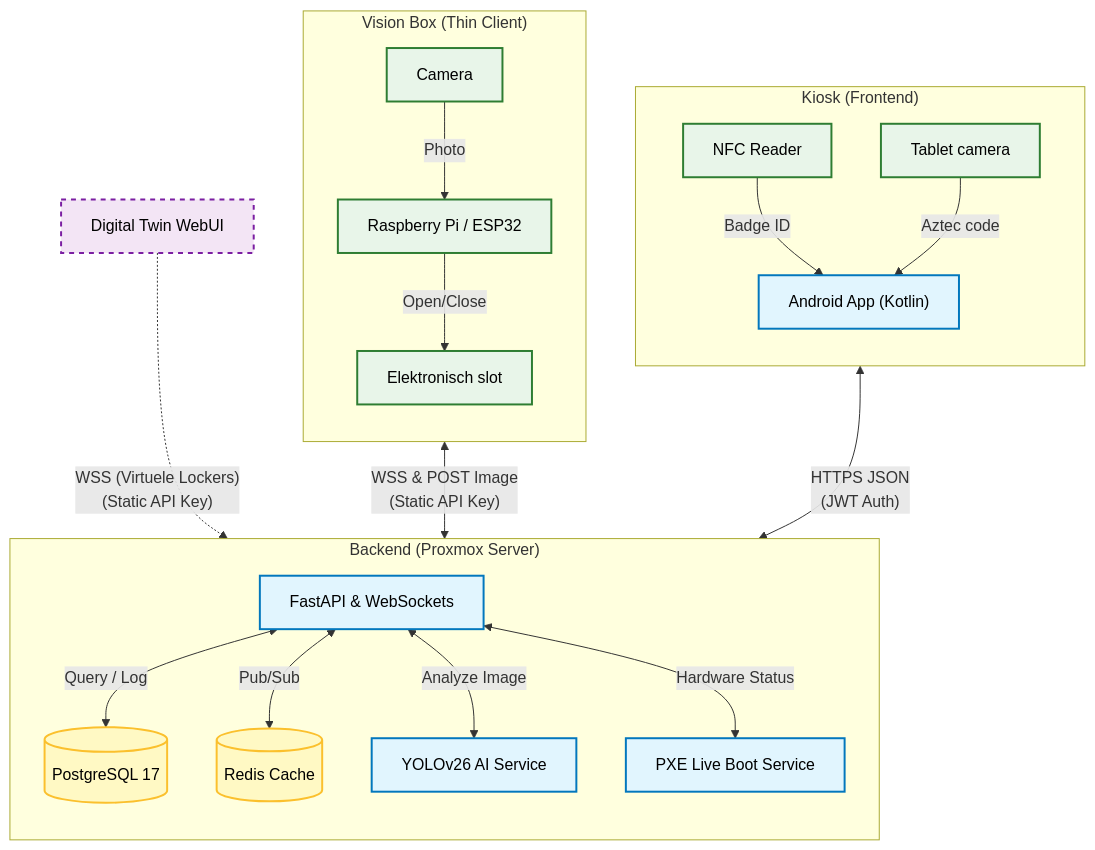
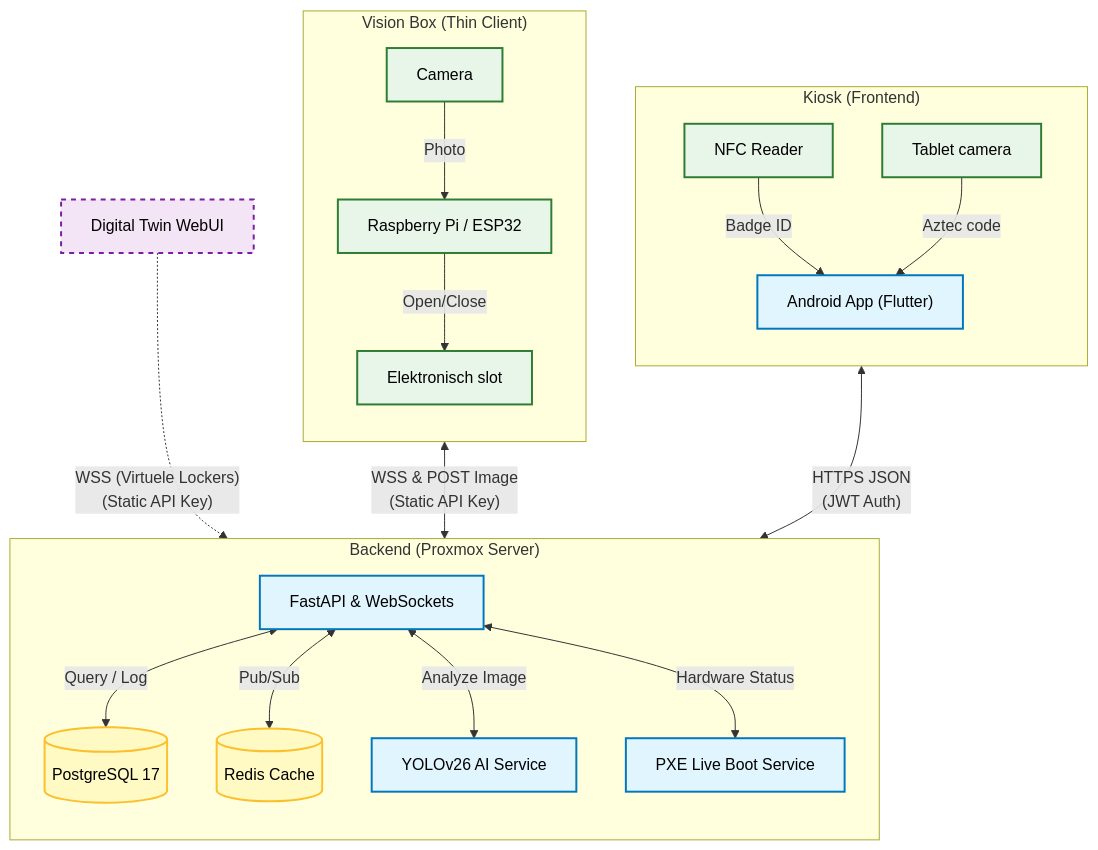
The diagram in docs/architecture_logical.mmd (easylend-practice-enterprise/easylend), drawn with Mermaid before and after one commit. The commit also changed 3 other files, not shown here.

Commit message:
docs(architecture): update ERD for YOLOv26 damage reports and switch to Flutter (#14)

```diff
--- a/docs/architecture_logical.mmd
+++ b/docs/architecture_logical.mmd
@@ -1,57 +1,57 @@
 flowchart TD
     %% STIJLEN (Corporate & Clean)
     classDef soft fill:#E1F5FE,stroke:#0277BD,stroke-width:2px,color:#000;
     classDef hard fill:#E8F5E9,stroke:#2E7D32,stroke-width:2px,color:#000;
     classDef data fill:#FFF9C4,stroke:#FBC02d,stroke-width:2px,color:#000;
     classDef sim  fill:#F3E5F5,stroke:#7B1FA2,stroke-width:2px,stroke-dasharray: 5 5,color:#000;
 
     %% --- DOMEIN 1: KIOSK (LINKS) ---
     subgraph Kiosk ["Kiosk (Frontend)"]
         direction TB
         NFC[NFC Reader]:::hard
         CamTab["Tablet camera"]:::hard
-        App["Android App (Kotlin)"]:::soft
+        App["Android App (Flutter)"]:::soft
         
         NFC -->|Badge ID| App
         CamTab -->|Aztec code| App
     end
 
     %% --- DOMEIN 2: BACKEND (MIDDEN) ---
     subgraph Backend ["Backend (Proxmox Server)"]
         direction TB
         API["FastAPI & WebSockets"]:::soft
         AIService["YOLOv26 AI Service"]:::soft
         PXE["PXE Live Boot Service"]:::soft
         DB[(PostgreSQL 17)]:::data
         Redis[(Redis Cache)]:::data
         
         API <-->|"Query / Log"| DB
         API <-->|"Pub/Sub"| Redis
         API <-->|"Analyze Image"| AIService
         API <-->|"Hardware Status"| PXE
     end
 
     %% --- DOMEIN 3: VISION BOX (RECHTS) ---
     subgraph Box ["Vision Box (Thin Client)"]
         direction TB
         RPi["Raspberry Pi / ESP32"]:::hard
         CamBox[Camera]:::hard
         Lock["Elektronisch slot"]:::hard
         
         CamBox -->|Photo| RPi
         RPi -->|"Open/Close"| Lock
     end
 
     %% --- SIMULATIE (ONDER) ---
     Sim["Digital Twin WebUI"]:::sim
 
     %% --- HOOFD VERBINDINGEN ---
     
     %% Kiosk praat met API
     App <-->|"HTTPS JSON<br/>(JWT Auth)"| API
 
     %% API praat met Box
     RPi <-->|"WSS & POST Image<br/>(Static API Key)"| API
 
     %% Simulatie test de API
     Sim -.->|"WSS (Virtuele Lockers)<br/>(Static API Key)"| API
```
